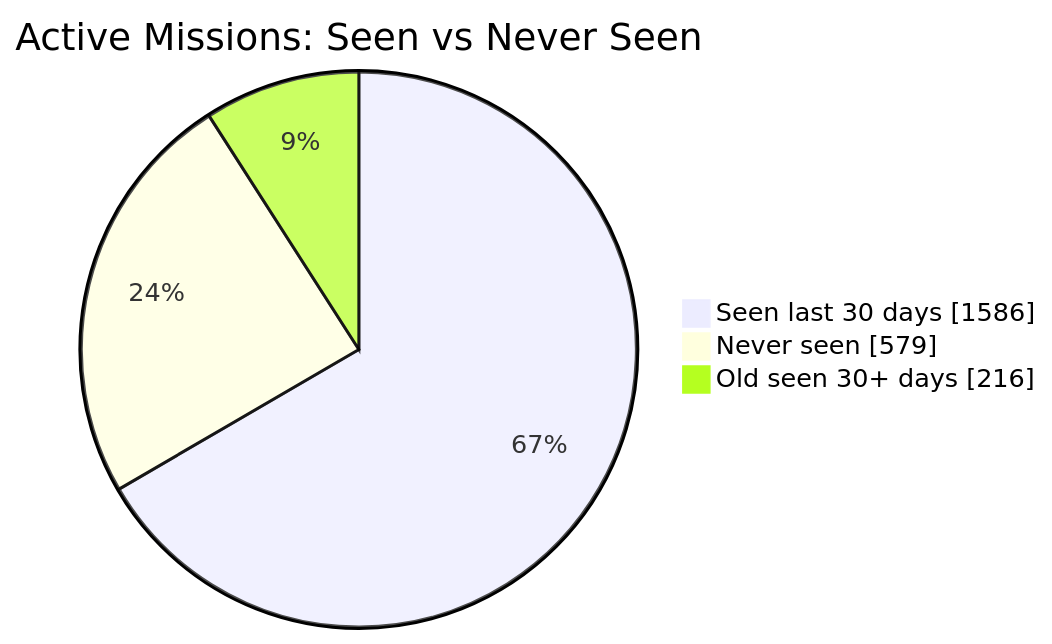
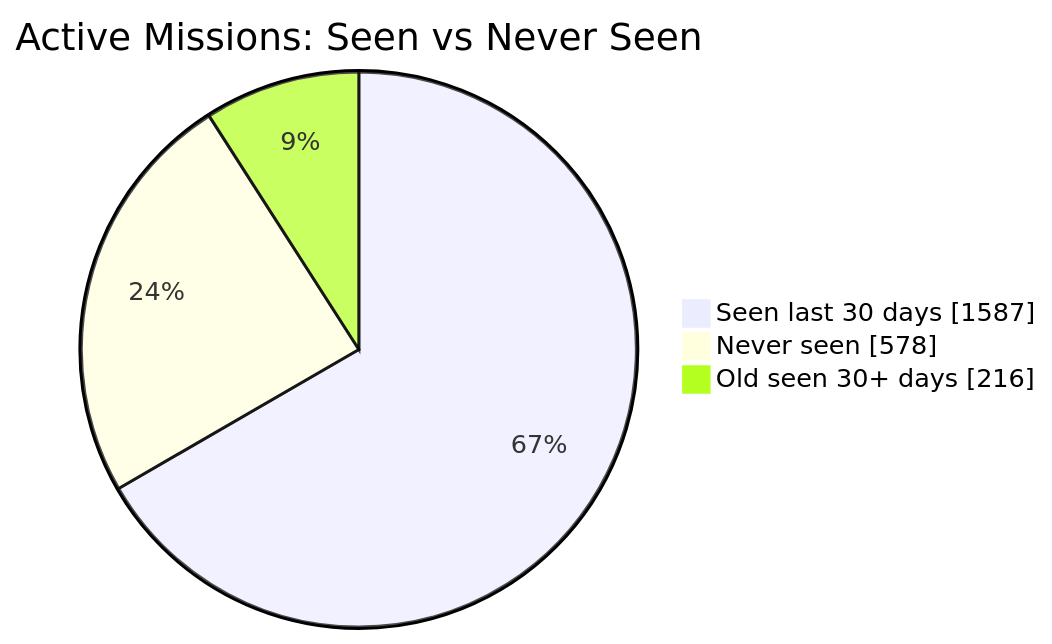
The first of 2 diagrams in README.md (MeldkamerspelGameTeam/active-missions), drawn with Mermaid before and after one commit. The commit also changed other lines of this file and 2 other files, not shown here.

````diff
--- a/README.md
+++ b/README.md
@@ -34,7 +34,7 @@
 ```mermaid
 pie showData
     title Active Missions: Seen vs Never Seen
-    "Seen last 30 days" : 1586
-    "Never seen" : 579
+    "Seen last 30 days" : 1587
+    "Never seen" : 578
     "Old seen 30+ days" : 216
 ```
````
